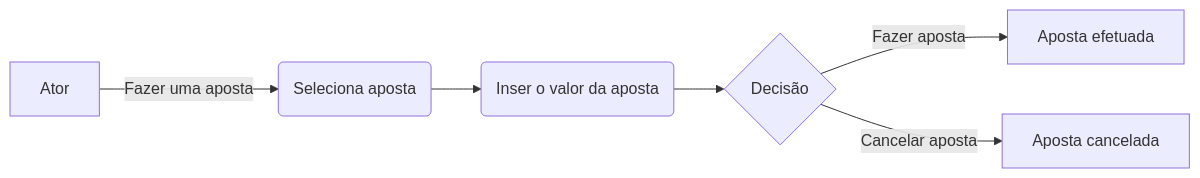
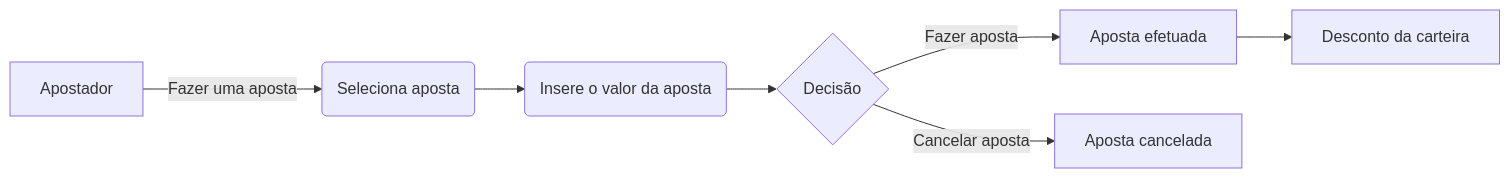
The diagram in docs/UseCaseApostar.md (desenvolvimento-web-unifil/02-documentacao-nicotech), drawn with Mermaid before and after one commit.

Commit message:
alterações minimas

```diff
--- a/docs/UseCaseApostar.md
+++ b/docs/UseCaseApostar.md
@@ -1,9 +1,10 @@
 ::: mermaid
     flowchart LR
 
-    A[Ator] -->|Fazer uma aposta| B(Seleciona aposta)
-    B -->C(Inser o valor da aposta)
+    A[Apostador] -->|Fazer uma aposta| B(Seleciona aposta)
+    B -->C(Insere o valor da aposta)
     C --> D{Decisão}
     D --> |Fazer aposta| E[Aposta efetuada]
+    E--> G[Desconto da carteira]
     D --> |Cancelar aposta| F[Aposta cancelada]
 :::
```
